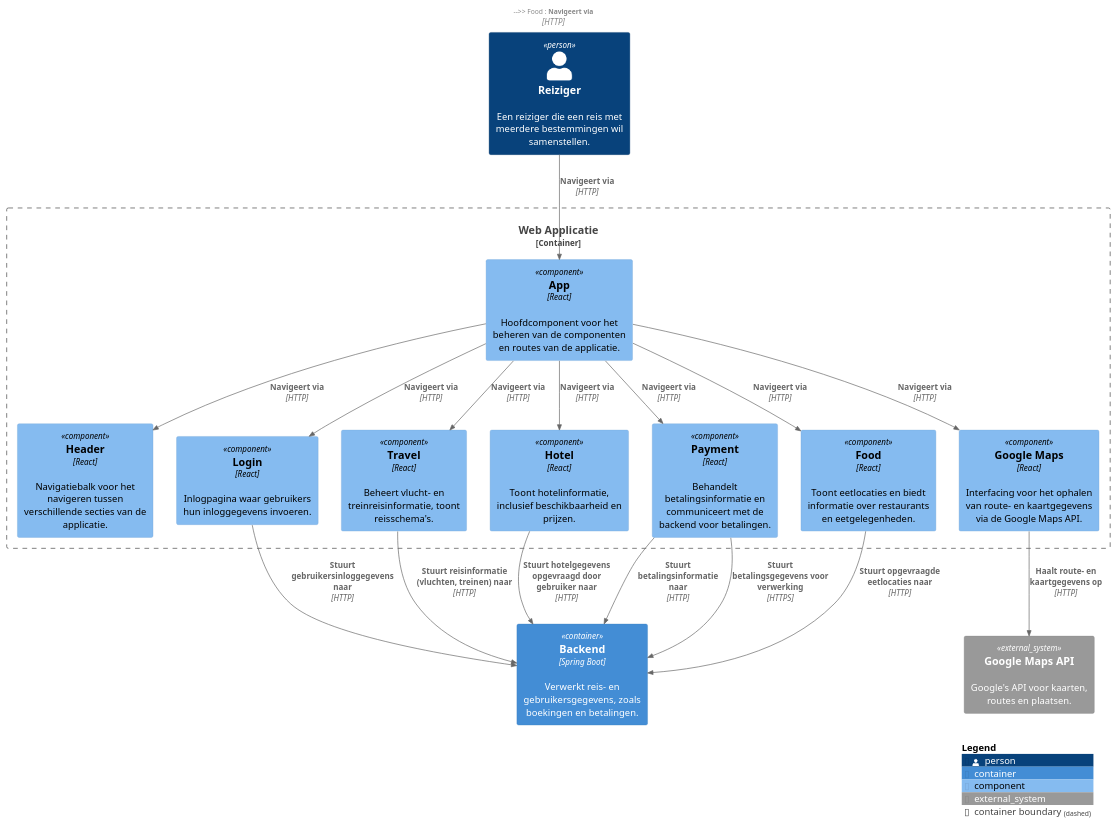
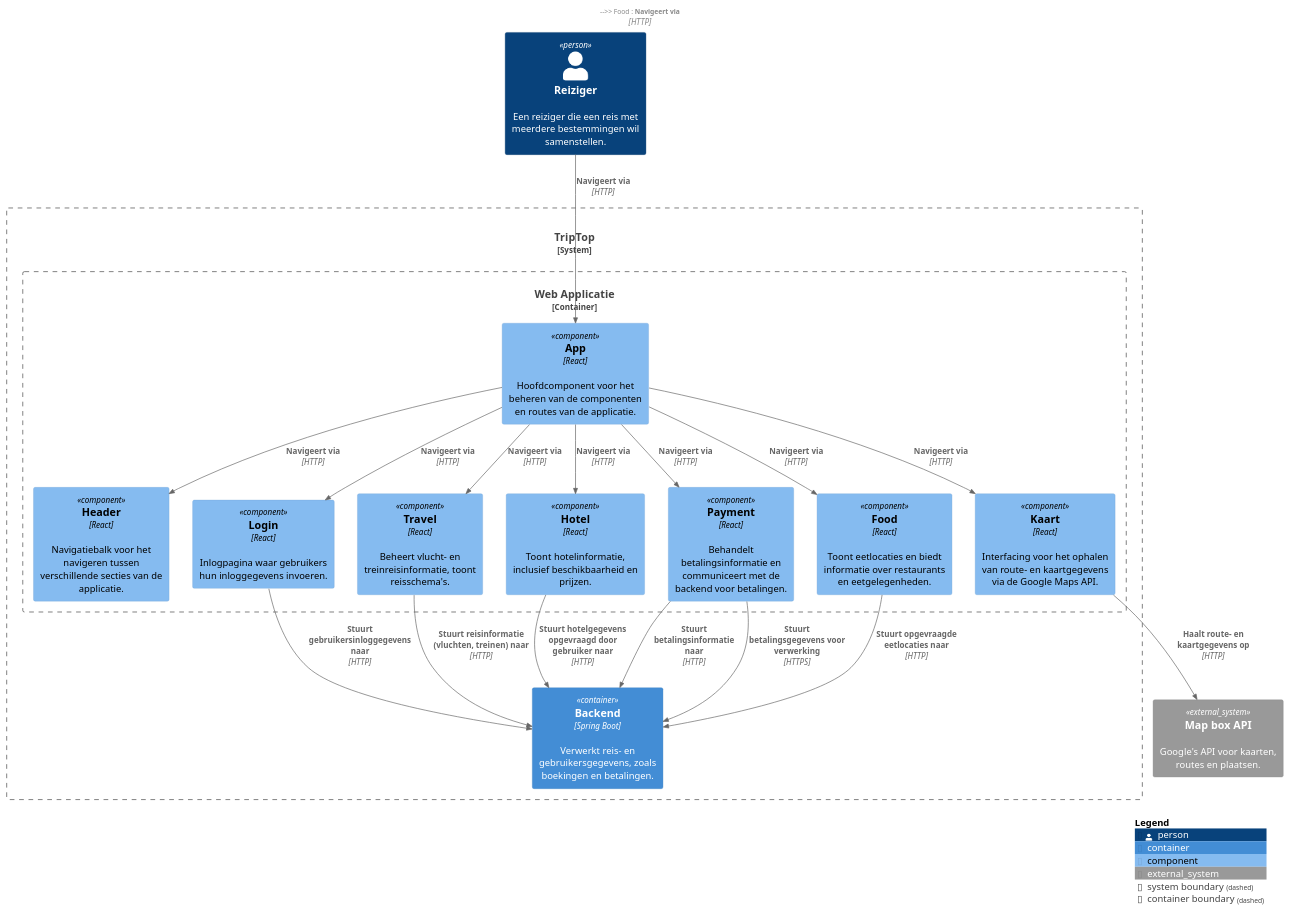
The diagram in componentDiagramFrontendTripTop.puml (AIM-ENE-feb25/triptop-groep-b2), drawn with PlantUML before and after one commit. The commit also changed 4 other files, not shown here.

```diff
--- a/componentDiagramFrontendTripTop.puml
+++ b/componentDiagramFrontendTripTop.puml
@@ -1,48 +1,50 @@
 @startuml
 !include https://raw.githubusercontent.com/plantuml-stdlib/C4-PlantUML/master/C4_Component.puml
 
 top to bottom direction
 
 Person(traveller, "Reiziger", "Een reiziger die een reis met meerdere bestemmingen wil samenstellen.")
 
-Container_Boundary(Web_App, "Web Applicatie") {
-    Component(App, "App", "React", "Hoofdcomponent voor het beheren van de componenten en routes van de applicatie.")
-    Component(Header, "Header", "React", "Navigatiebalk voor het navigeren tussen verschillende secties van de applicatie.")
-    Component(Login, "Login", "React", "Inlogpagina waar gebruikers hun inloggegevens invoeren.")
-    Component(GoogleMaps, "Google Maps", "React", "Interfacing voor het ophalen van route- en kaartgegevens via de Google Maps API.")
-    Component(Travel, "Travel", "React", "Beheert vlucht- en treinreisinformatie, toont reisschema's.")
-    Component(Hotel, "Hotel", "React", "Toont hotelinformatie, inclusief beschikbaarheid en prijzen.")
-    Component(Payment, "Payment", "React", "Behandelt betalingsinformatie en communiceert met de backend voor betalingen.")
-    Component(Food, "Food", "React", "Toont eetlocaties en biedt informatie over restaurants en eetgelegenheden.")
+System_Boundary(TripTop, "TripTop", "Systeem voor het samenstellen van reizen.") {
+    Container_Boundary(Web_App, "Web Applicatie") {
+        Component(App, "App", "React", "Hoofdcomponent voor het beheren van de componenten en routes van de applicatie.")
+        Component(Header, "Header", "React", "Navigatiebalk voor het navigeren tussen verschillende secties van de applicatie.")
+        Component(Login, "Login", "React", "Inlogpagina waar gebruikers hun inloggegevens invoeren.")
+        Component(Kaart, "Kaart", "React", "Interfacing voor het ophalen van route- en kaartgegevens via de Google Maps API.")
+        Component(Travel, "Travel", "React", "Beheert vlucht- en treinreisinformatie, toont reisschema's.")
+        Component(Hotel, "Hotel", "React", "Toont hotelinformatie, inclusief beschikbaarheid en prijzen.")
+        Component(Payment, "Payment", "React", "Behandelt betalingsinformatie en communiceert met de backend voor betalingen.")
+        Component(Food, "Food", "React", "Toont eetlocaties en biedt informatie over restaurants en eetgelegenheden.")
+    }
+
+    Container(Backend, "Backend", "Spring Boot", "Verwerkt reis- en gebruikersgegevens, zoals boekingen en betalingen.")
 }
 
-Container(Backend, "Backend", "Spring Boot", "Verwerkt reis- en gebruikersgegevens, zoals boekingen en betalingen.")
-
-System_Ext(GoogleMapsAPI, "Google Maps API", "Google's API voor kaarten, routes en plaatsen.", $link="https://developers.google.com/maps")
+System_Ext(MapBoxAPI, "Map box API", "Google's API voor kaarten, routes en plaatsen.", $link="https://developers.google.com/maps")
 
 Rel(traveller, App, "Navigeert via", "HTTP")
 Rel(App, Header, "Navigeert via", "HTTP")
 Rel(Header, Login, "Navigeert via", "HTTP")
-Rel(Header, GoogleMaps, "Navigeert via", "HTTP")
+Rel(Header, Kaart, "Navigeert via", "HTTP")
 Rel(Header, Travel, "Navigeert via", "HTTP")
 Rel(Header, Hotel, "Navigeert via", "HTTP")
 Rel(Header, Payment, "Navigeert via", "HTTP")
 Rel(Header, Food, "Navigeert via", "HTTP")
 Rel(App, Login, "Navigeert via", "HTTP")
-Rel(App, GoogleMaps, "Navigeert via", "HTTP")
+Rel(App, Kaart, "Navigeert via", "HTTP")
 Rel(App, Travel, "Navigeert via", "HTTP")
 Rel(App, Hotel, "Navigeert via", "HTTP")
 Rel(App, Payment, "Navigeert via", "HTTP")
 Rel(App, Food, "Navigeert via", "HTTP")
 
 Rel(Login, Backend, "Stuurt gebruikersinloggegevens naar", "HTTP")
 Rel(Hotel, Backend, "Stuurt hotelgegevens opgevraagd door gebruiker naar", "HTTP")
 Rel(Payment, Backend, "Stuurt betalingsinformatie naar", "HTTP")
 Rel(Travel, Backend, "Stuurt reisinformatie (vluchten, treinen) naar", "HTTP")
 Rel(Food, Backend, "Stuurt opgevraagde eetlocaties naar", "HTTP")
 
-Rel(GoogleMaps, GoogleMapsAPI, "Haalt route- en kaartgegevens op", "HTTP")
+Rel(Kaart, MapBoxAPI, "Haalt route- en kaartgegevens op", "HTTP")
 Rel(Payment, Backend, "Stuurt betalingsgegevens voor verwerking", "HTTPS")
 
 SHOW_LEGEND(TRUE)
 @enduml
```
